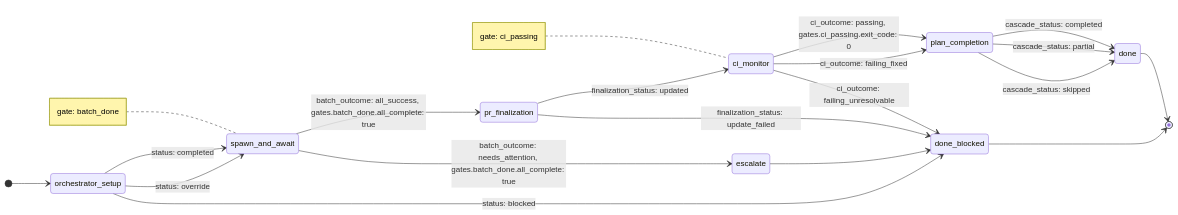
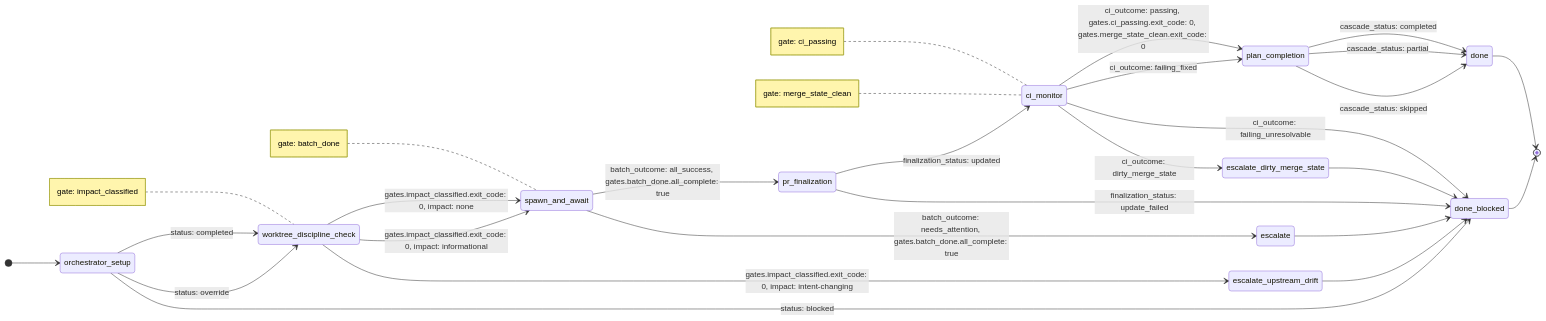
Before and after one commit to tsukumogami/shirabe: the diagram in skills/work-on/koto-templates/work-on-plan.mermaid.md, drawn with Mermaid. The commit also changed 1 other file, not shown here.

Commit message:
fix(work-on): worktree_discipline_check gate routing + regenerate mermaid
The worktree_discipline_check state's transitions referenced the
impact: enum value but not the impact_classified gate's exit code.
koto template compile rejected with 'gate has no gates.* routing'.
Add gates.impact_classified.exit_code: 0 to each transition's when
clause so the gate is explicitly required to pass before routing.

Also regenerate the mermaid diagram (3 new states from the previous
commit weren't reflected: worktree_discipline_check,
escalate_upstream_drift, escalate_dirty_merge_state).

CI: validate-templates, check-template-consistency, freshness all
now pass locally via 'bash scripts/validate-template-mermaid.sh'.

````diff
--- a/skills/work-on/koto-templates/work-on-plan.mermaid.md
+++ b/skills/work-on/koto-templates/work-on-plan.mermaid.md
@@ -1,27 +1,39 @@
 ```mermaid
 stateDiagram-v2
     direction LR
     [*] --> orchestrator_setup
-    ci_monitor --> plan_completion : ci_outcome: passing, gates.ci_passing.exit_code: 0
+    ci_monitor --> plan_completion : ci_outcome: passing, gates.ci_passing.exit_code: 0, gates.merge_state_clean.exit_code: 0
     ci_monitor --> plan_completion : ci_outcome: failing_fixed
     ci_monitor --> done_blocked : ci_outcome: failing_unresolvable
+    ci_monitor --> escalate_dirty_merge_state : ci_outcome: dirty_merge_state
     escalate --> done_blocked
-    orchestrator_setup --> spawn_and_await : status: completed
-    orchestrator_setup --> spawn_and_await : status: override
+    escalate_dirty_merge_state --> done_blocked
+    escalate_upstream_drift --> done_blocked
+    orchestrator_setup --> worktree_discipline_check : status: completed
+    orchestrator_setup --> worktree_discipline_check : status: override
     orchestrator_setup --> done_blocked : status: blocked
     plan_completion --> done : cascade_status: completed
     plan_completion --> done : cascade_status: partial
     plan_completion --> done : cascade_status: skipped
     pr_finalization --> ci_monitor : finalization_status: updated
     pr_finalization --> done_blocked : finalization_status: update_failed
     spawn_and_await --> pr_finalization : batch_outcome: all_success, gates.batch_done.all_complete: true
     spawn_and_await --> escalate : batch_outcome: needs_attention, gates.batch_done.all_complete: true
+    worktree_discipline_check --> spawn_and_await : gates.impact_classified.exit_code: 0, impact: none
+    worktree_discipline_check --> spawn_and_await : gates.impact_classified.exit_code: 0, impact: informational
+    worktree_discipline_check --> escalate_upstream_drift : gates.impact_classified.exit_code: 0, impact: intent-changing
     done --> [*]
     done_blocked --> [*]
     note left of ci_monitor
         gate: ci_passing
     end note
+    note left of ci_monitor
+        gate: merge_state_clean
+    end note
     note left of spawn_and_await
         gate: batch_done
     end note
+    note left of worktree_discipline_check
+        gate: impact_classified
+    end note
 ```
````
